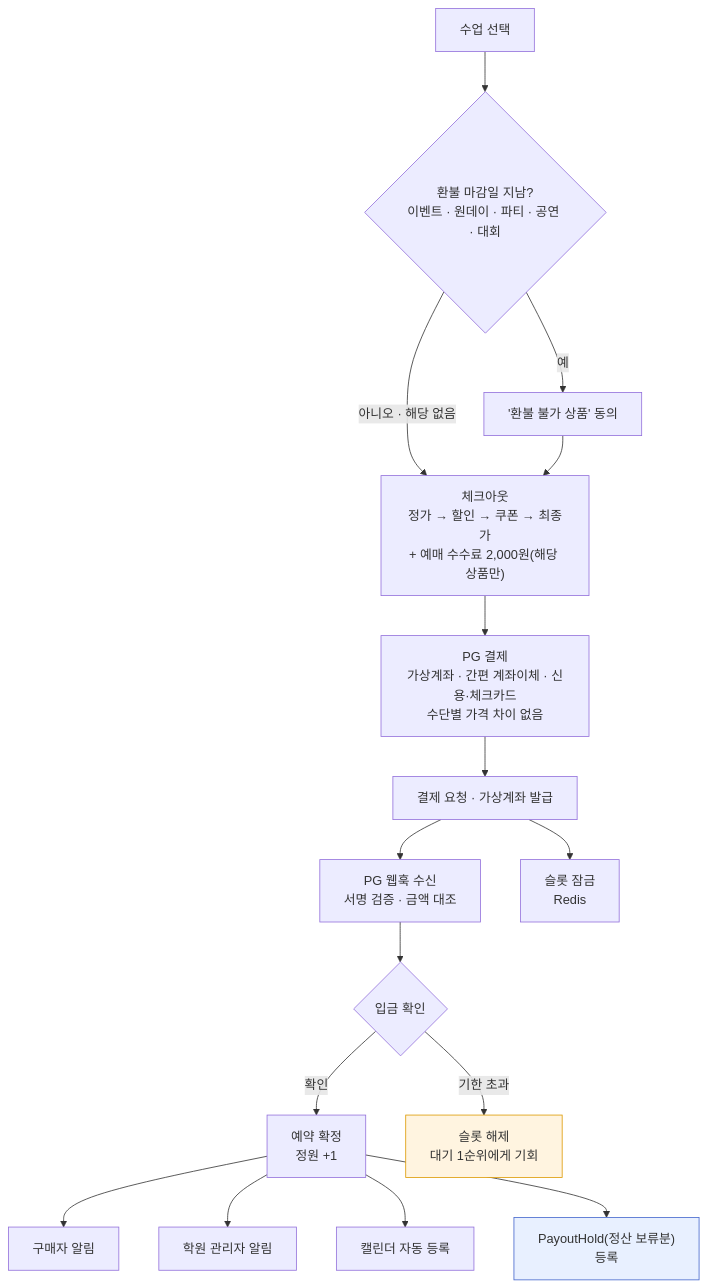
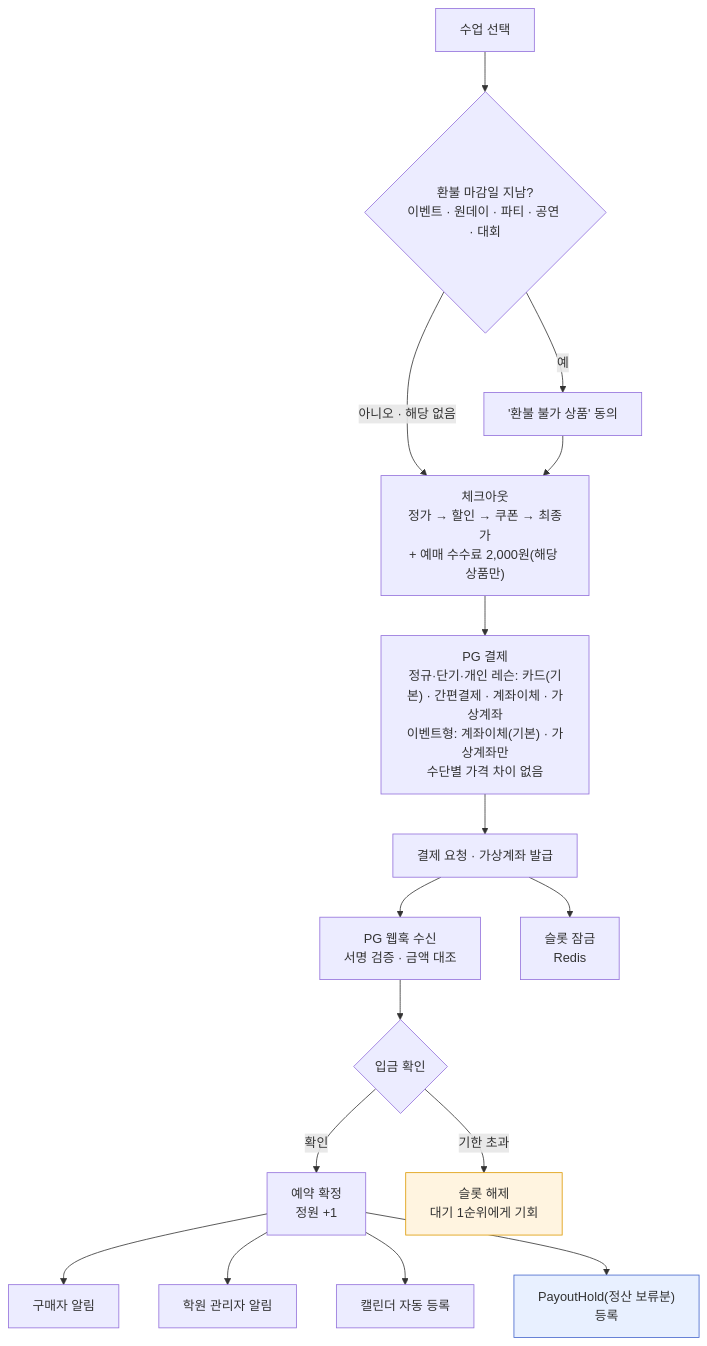
Before and after one commit to ChaeUngLim/kdancex4: the eighth of 14 diagrams in docs/planning/kdancex4_service_definition_and_tech_stack.md, drawn with Mermaid. The commit also changed other lines of this file and 7 other files, not shown here.

````diff
--- a/docs/planning/kdancex4_service_definition_and_tech_stack.md
+++ b/docs/planning/kdancex4_service_definition_and_tech_stack.md
@@ -1681,23 +1762,23 @@
 ```mermaid
 flowchart TB
     S["수업 선택"] --> DL{"환불 마감일 지남?<br/>이벤트 · 원데이 · 파티 · 공연 · 대회"}
     DL -->|"예"| AGR["'환불 불가 상품' 동의"]
     DL -->|"아니오 · 해당 없음"| CK
     AGR --> CK["체크아웃<br/>정가 → 할인 → 쿠폰 → 최종가<br/>+ 예매 수수료 2,000원(해당 상품만)"]
-    CK --> B["PG 결제<br/>가상계좌 · 간편 계좌이체 · 신용·체크카드<br/>수단별 가격 차이 없음"]
+    CK --> B["PG 결제<br/>정규·단기·개인 레슨: 카드(기본) · 간편결제 · 계좌이체 · 가상계좌<br/>이벤트형: 계좌이체(기본) · 가상계좌만<br/>수단별 가격 차이 없음"]
 
     B --> B1["결제 요청 · 가상계좌 발급"] --> B2["PG 웹훅 수신<br/>서명 검증 · 금액 대조"]
 
     B1 --> L["슬롯 잠금<br/>Redis"]
     B2 --> M{"입금 확인"}
     M -->|"확인"| OK["예약 확정<br/>정원 +1"]
     M -->|"기한 초과"| TO["슬롯 해제<br/>대기 1순위에게 기회"]
 
     OK --> N1["구매자 알림"]
     OK --> N2["학원 관리자 알림"]
     OK --> N3["캘린더 자동 등록"]
     OK --> HOLD["PayoutHold(정산 보류분)<br/>등록"]
 
     style HOLD fill:#e8f0ff,stroke:#46c
     style TO fill:#fff4e0,stroke:#d90
 ```
````
